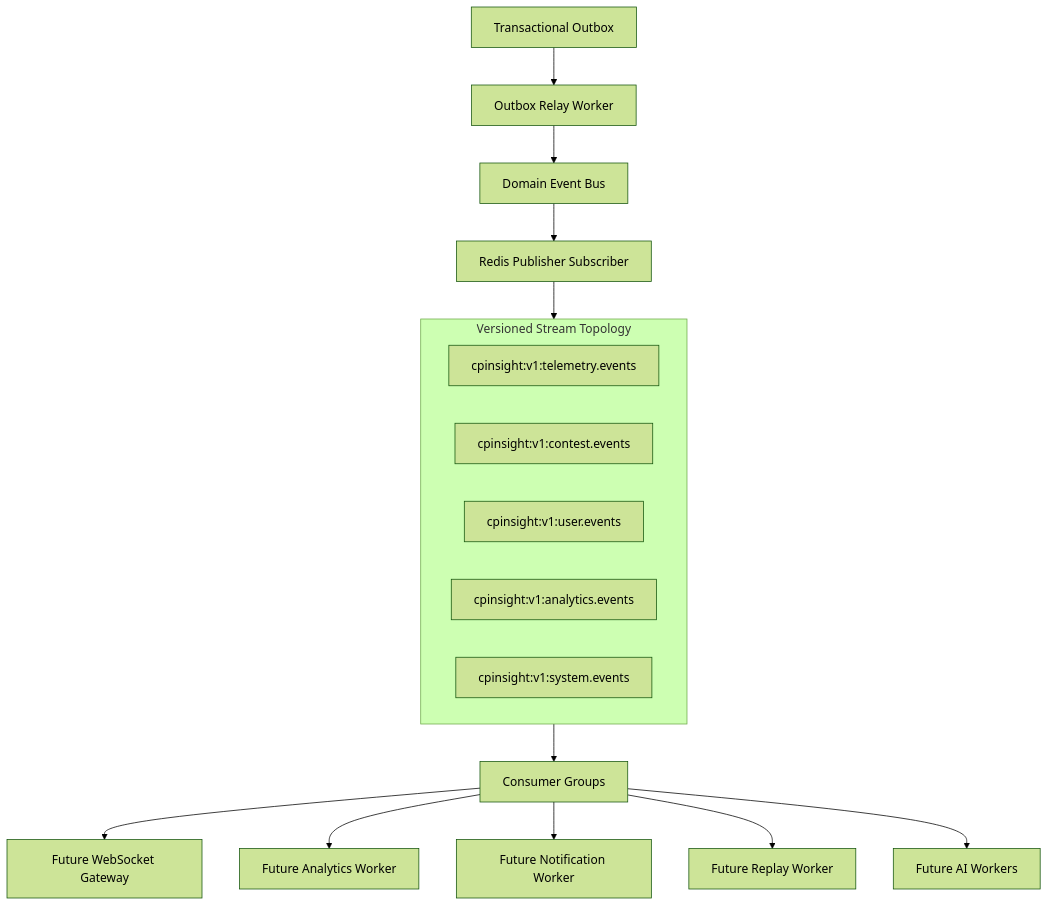
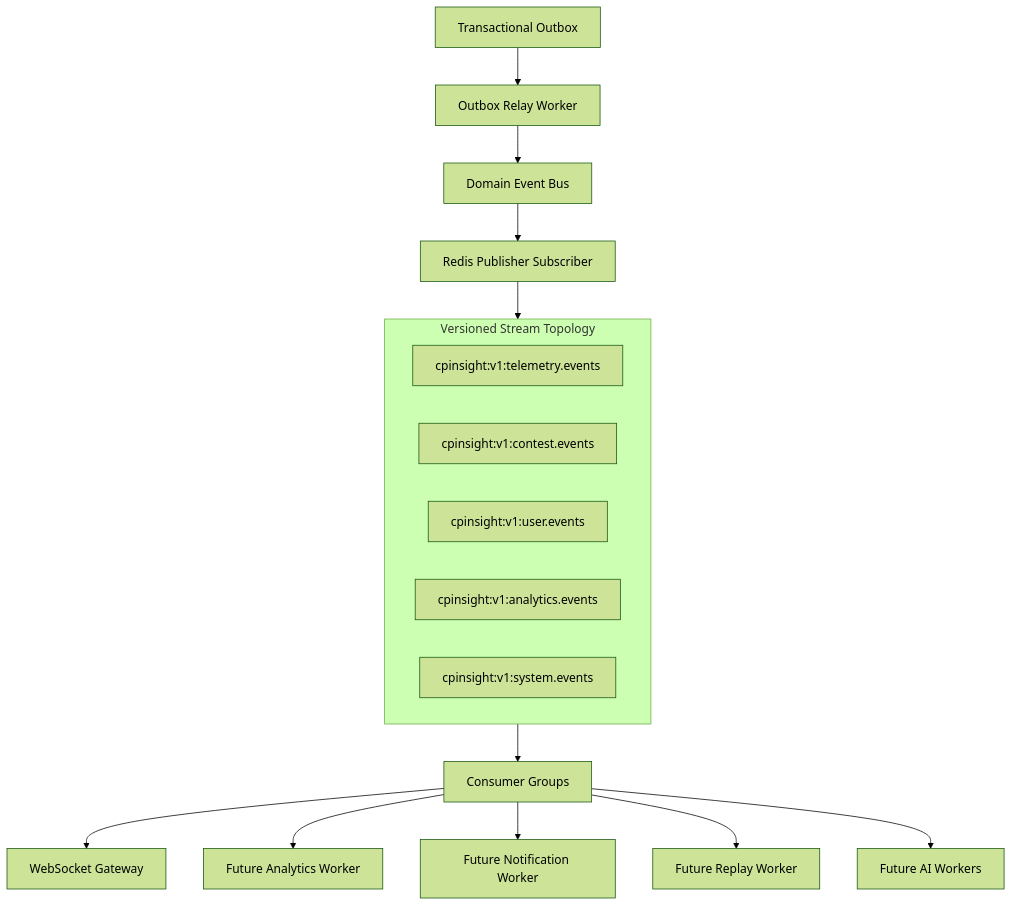
The diagram in docs/architecture/redis-event-distribution.md (Absosh/CPInsight), drawn with Mermaid (forest theme) before and after one commit. The commit also changed 27 other files, not shown here.

````diff
--- a/docs/architecture/redis-event-distribution.md
+++ b/docs/architecture/redis-event-distribution.md
@@ -7,22 +7,22 @@
 ```mermaid
 flowchart TB
   Outbox["Transactional Outbox"] --> Relay["Outbox Relay Worker"]
   Relay --> Bus["Domain Event Bus"]
   Bus --> RedisPublisher["Redis Publisher Subscriber"]
   RedisPublisher --> Streams["Redis Streams"]
 
   subgraph Streams["Versioned Stream Topology"]
     Telemetry["cpinsight:v1:telemetry.events"]
     Contest["cpinsight:v1:contest.events"]
     User["cpinsight:v1:user.events"]
     Analytics["cpinsight:v1:analytics.events"]
     System["cpinsight:v1:system.events"]
   end
 
   Streams --> Groups["Consumer Groups"]
-  Groups --> WebSocket["Future WebSocket Gateway"]
+  Groups --> WebSocket["WebSocket Gateway"]
   Groups --> AnalyticsWorker["Future Analytics Worker"]
   Groups --> Notifications["Future Notification Worker"]
   Groups --> Replay["Future Replay Worker"]
   Groups --> AI["Future AI Workers"]
 ```
````
